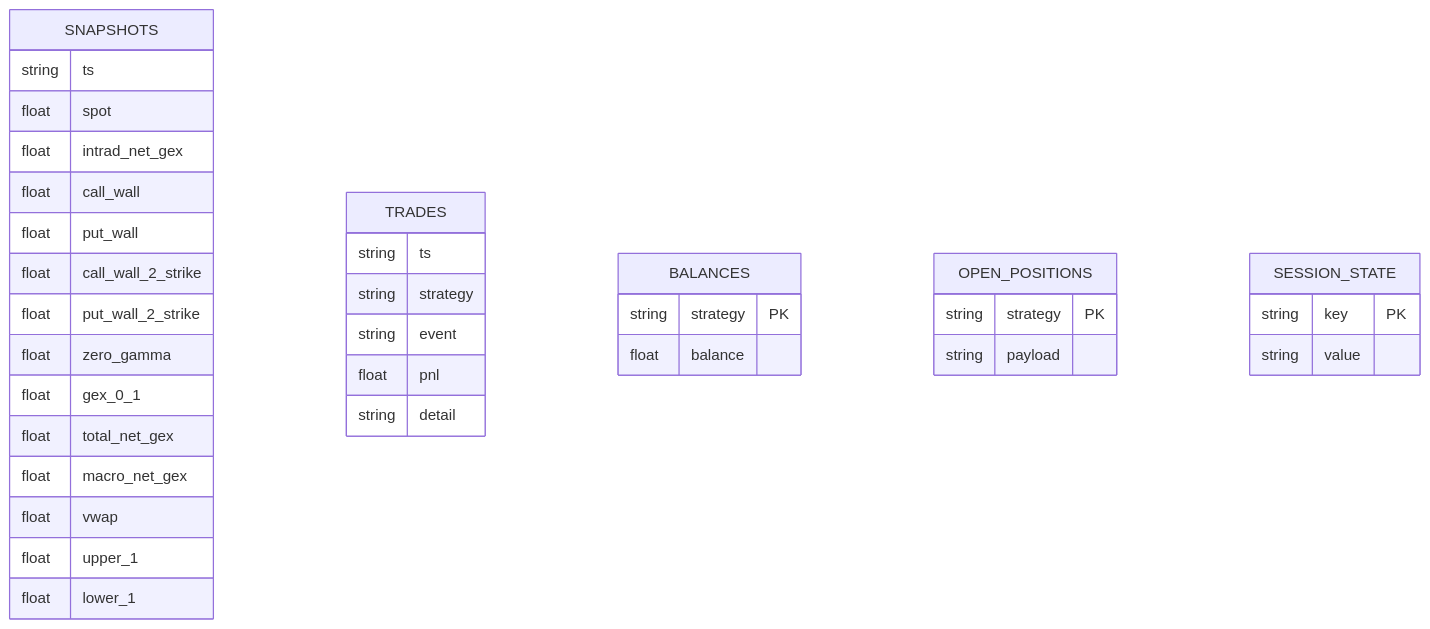
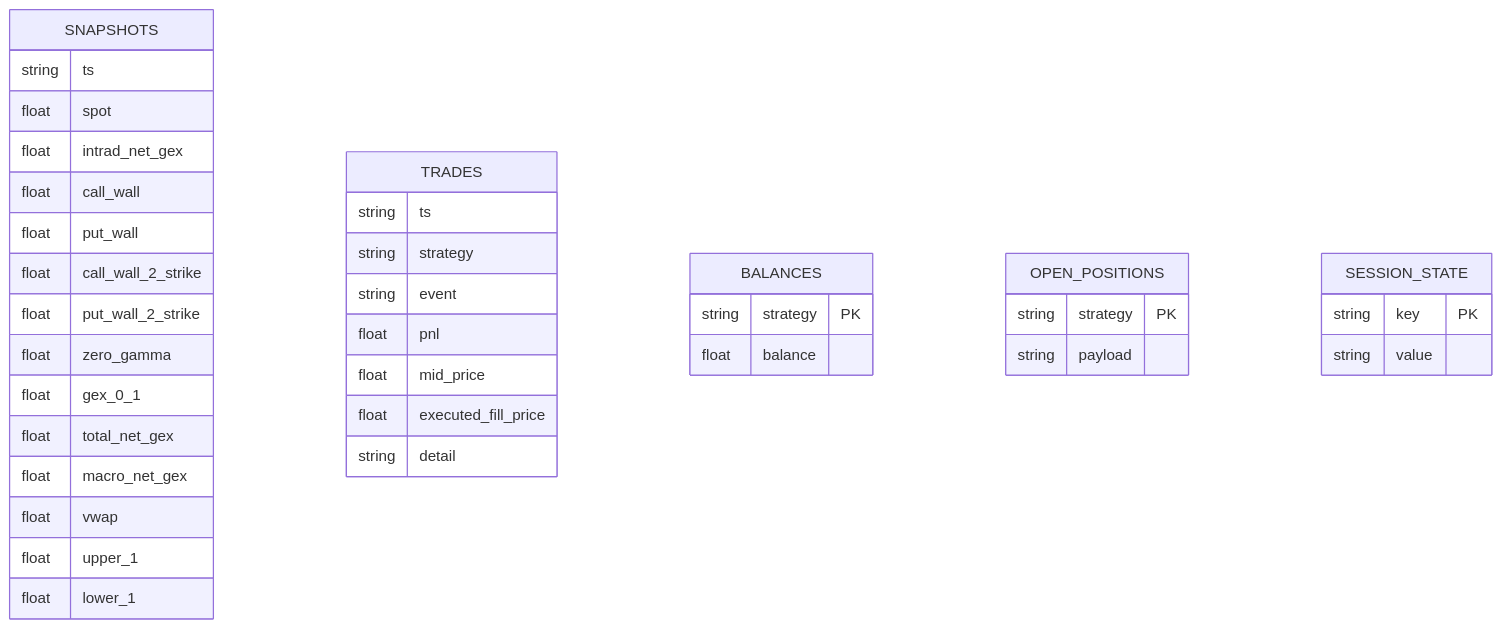
One commit to DBurca/GEXFlowTrader changed the fourth of 4 diagrams in README.md. Above: the diagram before and after it, drawn with Mermaid. The commit also changed other lines of this file and 9 other files, not shown here.

````diff
--- a/README.md
+++ b/README.md
@@ -200,38 +211,40 @@
 ```mermaid
 erDiagram
   SNAPSHOTS {
     string ts
     float spot
     float intrad_net_gex
     float call_wall
     float put_wall
     float call_wall_2_strike
     float put_wall_2_strike
     float zero_gamma
     float gex_0_1
     float total_net_gex
     float macro_net_gex
     float vwap
     float upper_1
     float lower_1
   }
   TRADES {
     string ts
     string strategy
     string event
     float pnl
+    float mid_price
+    float executed_fill_price
     string detail
   }
   BALANCES {
     string strategy PK
     float balance
   }
   OPEN_POSITIONS {
     string strategy PK
     string payload
   }
   SESSION_STATE {
     string key PK
     string value
   }
 ```
````
